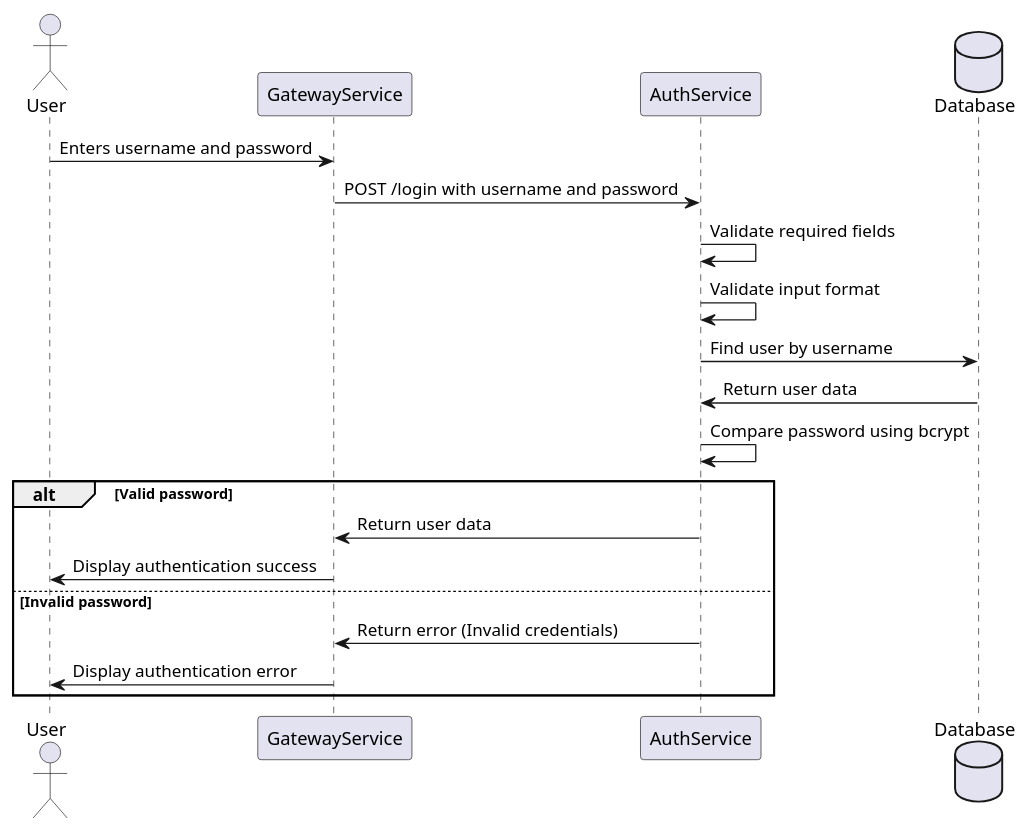
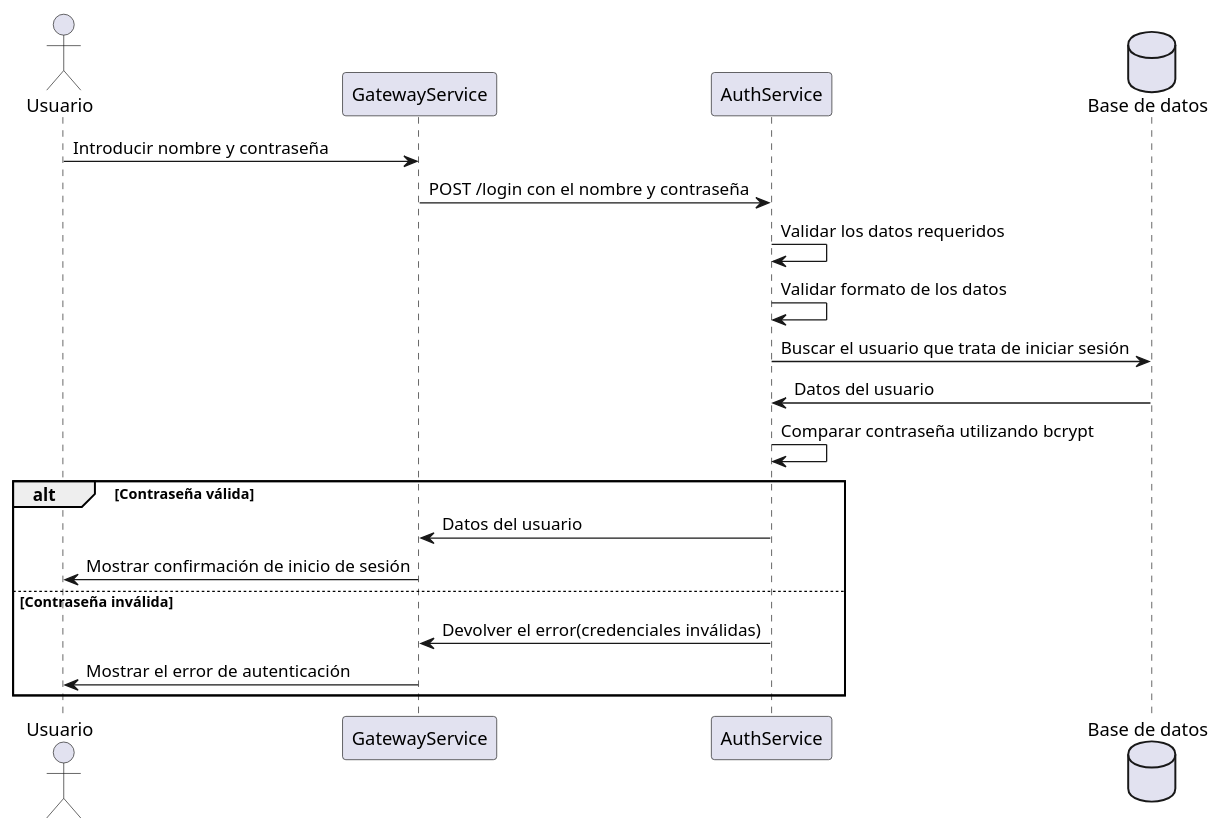
The second of 3 diagrams in docs/src/06_runtime_view.adoc (Arquisoft/wichat_es5a), drawn with PlantUML before and after one commit. The commit also changed other lines of this file, not shown here.

```diff
--- a/docs/src/06_runtime_view.adoc
+++ b/docs/src/06_runtime_view.adoc
@@ -74,24 +73,24 @@
 [plantuml,"Log in diagram",png]
 ----
 
-actor User
+actor Usuario
 participant "GatewayService" as GS
 participant "AuthService" as AS
-database "Database" as DB
+database "Base de datos" as DB
 
-User -> GS: Enters username and password
-GS -> AS: POST /login with username and password
-AS -> AS: Validate required fields
-AS -> AS: Validate input format
-AS -> DB: Find user by username
-DB -> AS: Return user data
-AS -> AS: Compare password using bcrypt
-alt Valid password
-    AS -> GS: Return user data
-    GS -> User: Display authentication success
-else Invalid password
-    AS -> GS: Return error (Invalid credentials)
-    GS -> User: Display authentication error
+Usuario -> GS: Introducir nombre y contraseña
+GS -> AS: POST /login con el nombre y contraseña
+AS -> AS: Validar los datos requeridos
+AS -> AS: Validar formato de los datos
+AS -> DB: Buscar el usuario que trata de iniciar sesión
+DB -> AS: Datos del usuario
+AS -> AS: Comparar contraseña utilizando bcrypt
+alt Contraseña válida
+    AS -> GS: Datos del usuario
+    GS -> Usuario: Mostrar confirmación de inicio de sesión
+else Contraseña inválida
+    AS -> GS: Devolver el error(credenciales inválidas)
+    GS -> Usuario: Mostrar el error de autenticación
 end
 
 ----
```
